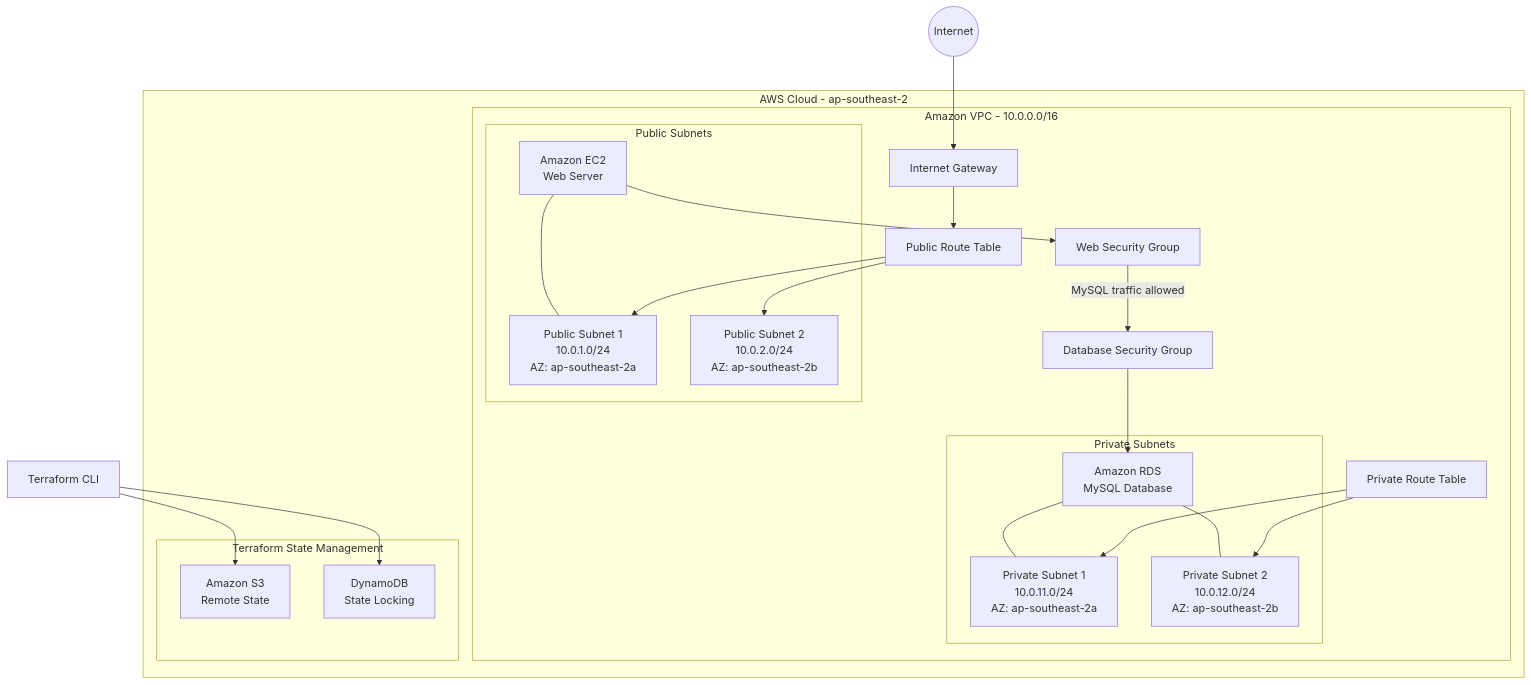
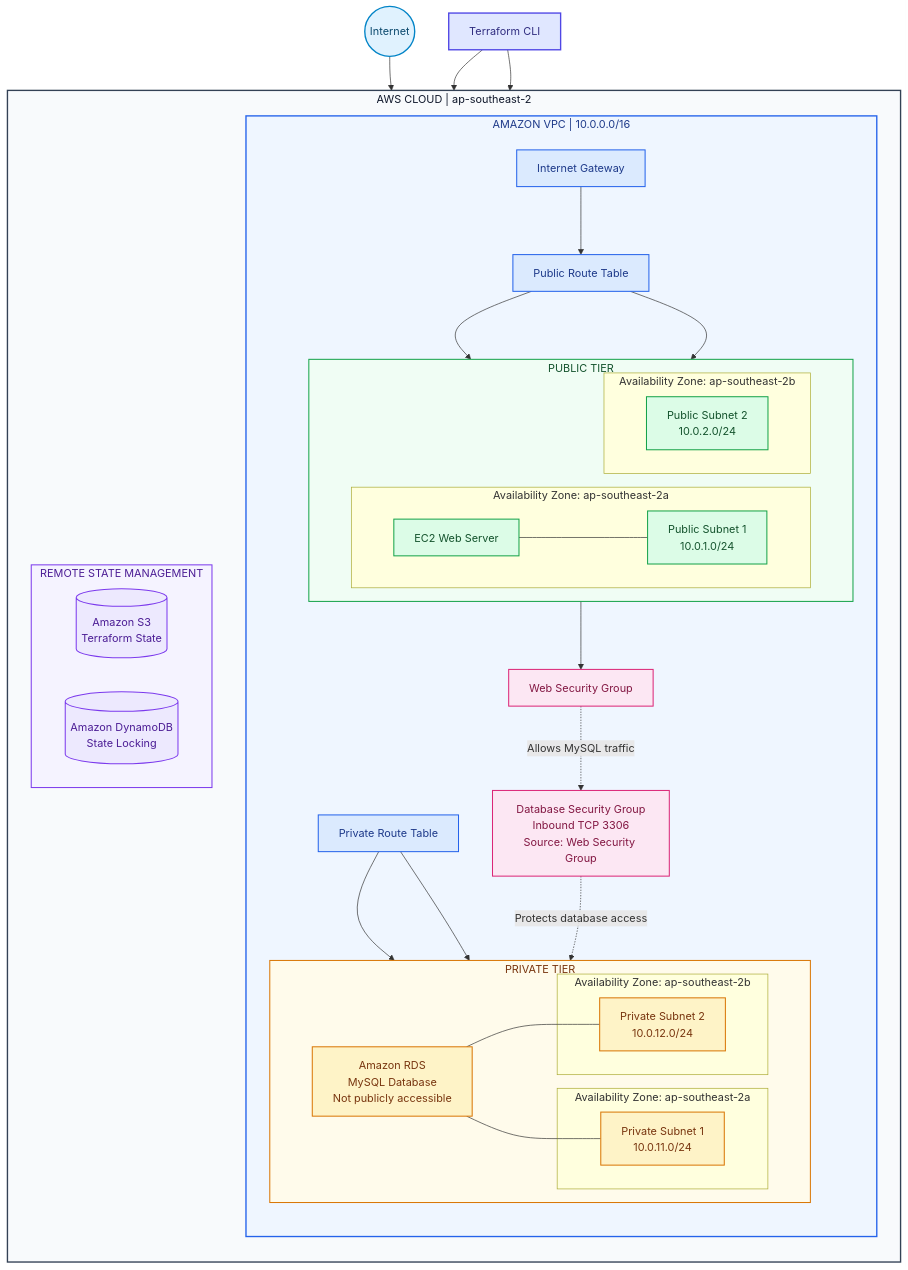
One commit to KHYATI-150/terraform-aws-iac changed the diagram in README.md. Above: the diagram before and after it, drawn with Mermaid.

Commit message:
docs: improve AWS architecture diagram

````diff
--- a/README.md
+++ b/README.md
@@ -30,33 +30,49 @@
 ```mermaid
 flowchart TB
-    Internet((Internet))
+    Internet(("Internet"))
+    Terraform["Terraform CLI"]
 
-    subgraph AWS["AWS Cloud - ap-southeast-2"]
-        subgraph VPC["Amazon VPC - 10.0.0.0/16"]
+    subgraph AWS["AWS CLOUD | ap-southeast-2"]
+        direction TB
+
+        subgraph VPC["AMAZON VPC | 10.0.0.0/16"]
+            direction TB
+
             IGW["Internet Gateway"]
+            PUBRT["Public Route Table"]
 
-            subgraph Public["Public Subnets"]
-                PUB1["Public Subnet 1<br/>10.0.1.0/24<br/>AZ: ap-southeast-2a"]
-                PUB2["Public Subnet 2<br/>10.0.2.0/24<br/>AZ: ap-southeast-2b"]
-                EC2["Amazon EC2<br/>Web Server"]
+            subgraph PUBLIC["PUBLIC TIER"]
+                direction LR
+                subgraph AZ1PUB["Availability Zone: ap-southeast-2a"]
+                    PUB1["Public Subnet 1<br/>10.0.1.0/24"]
+                    EC2["EC2 Web Server"]
+                end
+                subgraph AZ2PUB["Availability Zone: ap-southeast-2b"]
+                    PUB2["Public Subnet 2<br/>10.0.2.0/24"]
+                end
             end
 
-            subgraph Private["Private Subnets"]
-                PRIV1["Private Subnet 1<br/>10.0.11.0/24<br/>AZ: ap-southeast-2a"]
-                PRIV2["Private Subnet 2<br/>10.0.12.0/24<br/>AZ: ap-southeast-2b"]
-                RDS["Amazon RDS<br/>MySQL Database"]
+            PRIVRT["Private Route Table"]
+
+            subgraph PRIVATE["PRIVATE TIER"]
+                direction LR
+                subgraph AZ1PRIV["Availability Zone: ap-southeast-2a"]
+                    PRIV1["Private Subnet 1<br/>10.0.11.0/24"]
+                end
+                subgraph AZ2PRIV["Availability Zone: ap-southeast-2b"]
+                    PRIV2["Private Subnet 2<br/>10.0.12.0/24"]
+                end
+                RDS["Amazon RDS<br/>MySQL Database<br/>Not publicly accessible"]
             end
 
-            PUBRT["Public Route Table"]
-            PRIVRT["Private Route Table"]
-
-            SGWEB["Web Security Group"]
-            SGDB["Database Security Group"]
+            WEBSG["Web Security Group"]
+            DBSG["Database Security Group<br/>Inbound TCP 3306<br/>Source: Web Security Group"]
         end
 
-        subgraph State["Terraform State Management"]
-            S3["Amazon S3<br/>Remote State"]
-            DDB["DynamoDB<br/>State Locking"]
+        subgraph STATE["REMOTE STATE MANAGEMENT"]
+            direction LR
+            S3[("Amazon S3<br/>Terraform State")]
+            DDB[("Amazon DynamoDB<br/>State Locking")]
         end
     end
 
@@ -65,14 +81,38 @@
     PUBRT --> PUB1
     PUBRT --> PUB2
     EC2 --- PUB1
+
     PRIVRT --> PRIV1
     PRIVRT --> PRIV2
-    EC2 --> SGWEB
-    SGWEB -->|"MySQL traffic allowed"| SGDB
-    SGDB --> RDS
     RDS --- PRIV1
     RDS --- PRIV2
 
-    TF["Terraform CLI"] --> S3
-    TF --> DDB
+    EC2 --> WEBSG
+    WEBSG -. "Allows MySQL traffic" .-> DBSG
+    DBSG -. "Protects database access" .-> RDS
+
+    Terraform --> S3
+    Terraform --> DDB
+
+    classDef internet fill:#e0f2fe,stroke:#0284c7,color:#0c4a6e,stroke-width:2px
+    classDef network fill:#dbeafe,stroke:#2563eb,color:#1e3a8a,stroke-width:1.5px
+    classDef public fill:#dcfce7,stroke:#16a34a,color:#14532d,stroke-width:1.5px
+    classDef private fill:#fef3c7,stroke:#d97706,color:#78350f,stroke-width:1.5px
+    classDef security fill:#fce7f3,stroke:#db2777,color:#831843,stroke-width:1.5px
+    classDef state fill:#ede9fe,stroke:#7c3aed,color:#4c1d95,stroke-width:1.5px
+    classDef terraform fill:#e0e7ff,stroke:#4f46e5,color:#312e81,stroke-width:2px
+
+    class Internet internet
+    class IGW,PUBRT,PRIVRT network
+    class PUB1,PUB2,EC2 public
+    class PRIV1,PRIV2,RDS private
+    class WEBSG,DBSG security
+    class S3,DDB state
+    class Terraform terraform
+
+    style AWS fill:#f8fafc,stroke:#334155,stroke-width:2px,color:#0f172a
+    style VPC fill:#eff6ff,stroke:#2563eb,stroke-width:2px,color:#1e3a8a
+    style PUBLIC fill:#f0fdf4,stroke:#16a34a,stroke-width:1.5px,color:#14532d
+    style PRIVATE fill:#fffbeb,stroke:#d97706,stroke-width:1.5px,color:#78350f
+    style STATE fill:#f5f3ff,stroke:#7c3aed,stroke-width:1.5px,color:#4c1d95
 ```
````
